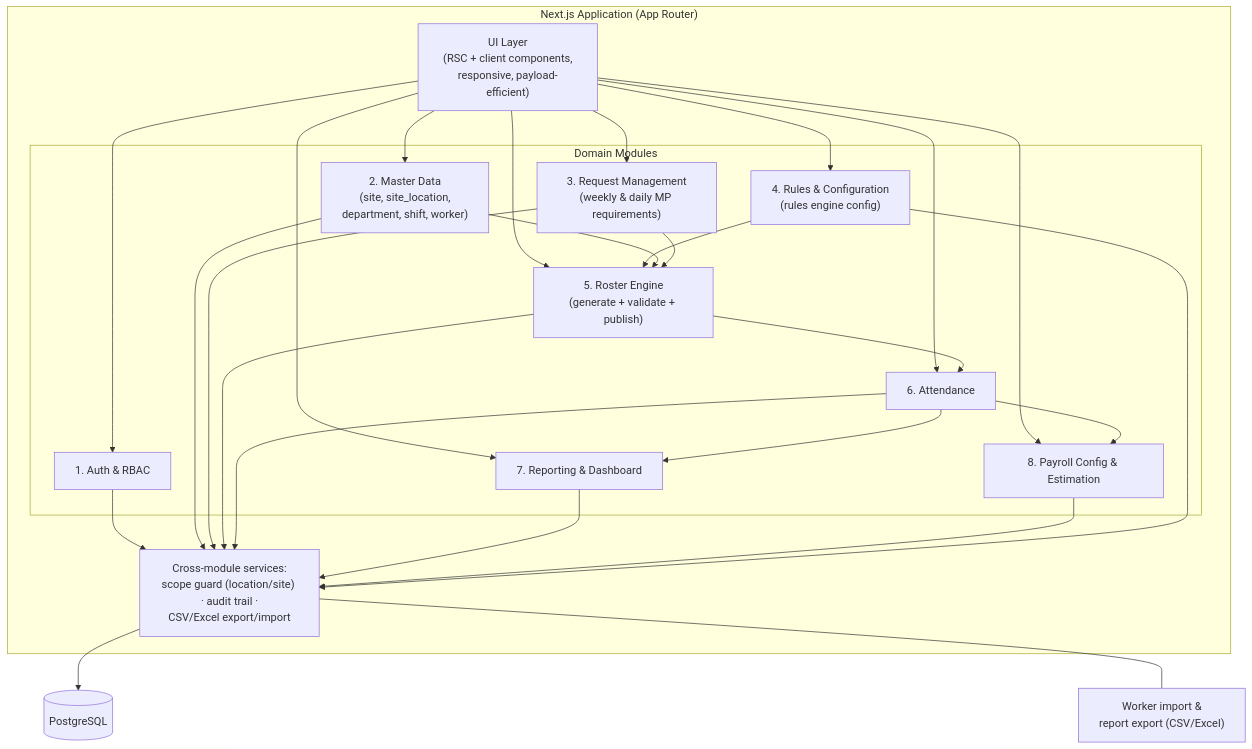
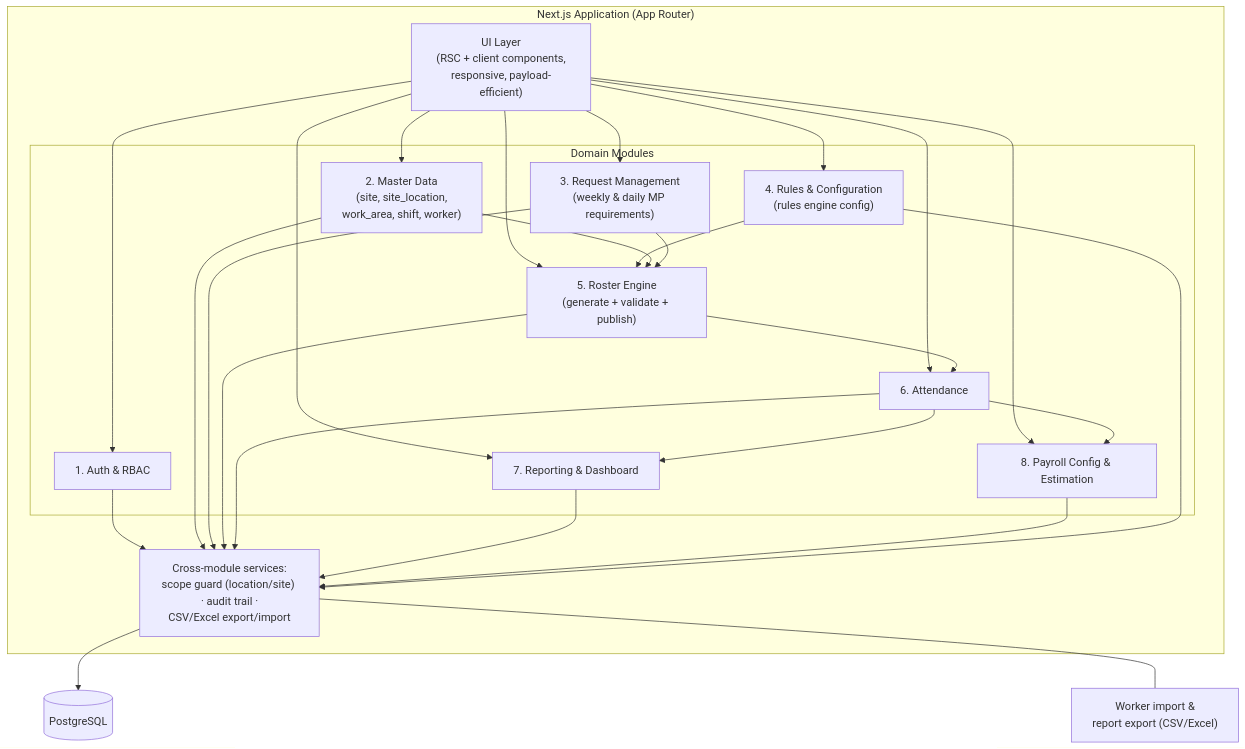
One commit to XOIntern/Shiftly changed the second of 5 diagrams in docs/architecture.md. Above: the diagram before and after it, drawn with Mermaid. The commit also changed other lines of this file, not shown here.

Commit message:
docs(architecture): record department removal; work area is the grouping unit

````diff
--- a/docs/architecture.md
+++ b/docs/architecture.md
@@ -75,30 +77,30 @@
 ```mermaid
 graph TB
     subgraph "Next.js Application (App Router)"
         UI["UI Layer<br/>(RSC + client components,<br/>responsive, payload-efficient)"]
         subgraph "Domain Modules"
             AUTH["1. Auth & RBAC"]
-            MD["2. Master Data<br/>(site, site_location,<br/>department, shift, worker)"]
+            MD["2. Master Data<br/>(site, site_location,<br/>work_area, shift, worker)"]
             REQ["3. Request Management<br/>(weekly & daily MP requirements)"]
             RULES["4. Rules & Configuration<br/>(rules engine config)"]
             ROSTER["5. Roster Engine<br/>(generate + validate + publish)"]
             ATT["6. Attendance"]
             REP["7. Reporting & Dashboard"]
             PAY["8. Payroll Config & Estimation"]
         end
         SVC["Cross-module services:<br/>scope guard (location/site) · audit trail ·<br/>CSV/Excel export/import"]
     end
     DB[("PostgreSQL")]
     FILES["Worker import &<br/>report export (CSV/Excel)"]
 
     UI --> AUTH & MD & REQ & RULES & ROSTER & ATT & REP & PAY
     RULES --> ROSTER
     MD --> ROSTER
     REQ --> ROSTER
     ROSTER --> ATT
     ATT --> PAY
     ATT --> REP
     AUTH & MD & REQ & ROSTER & ATT & REP & PAY & RULES --> SVC
     SVC --> DB
     SVC --- FILES
 ```
````
